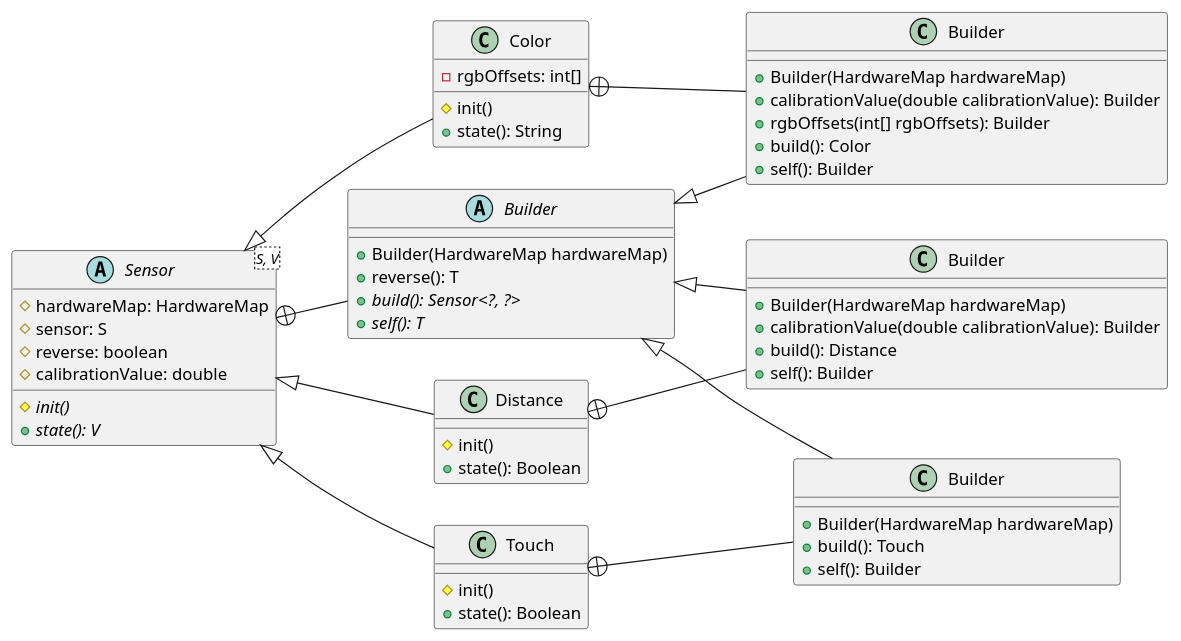
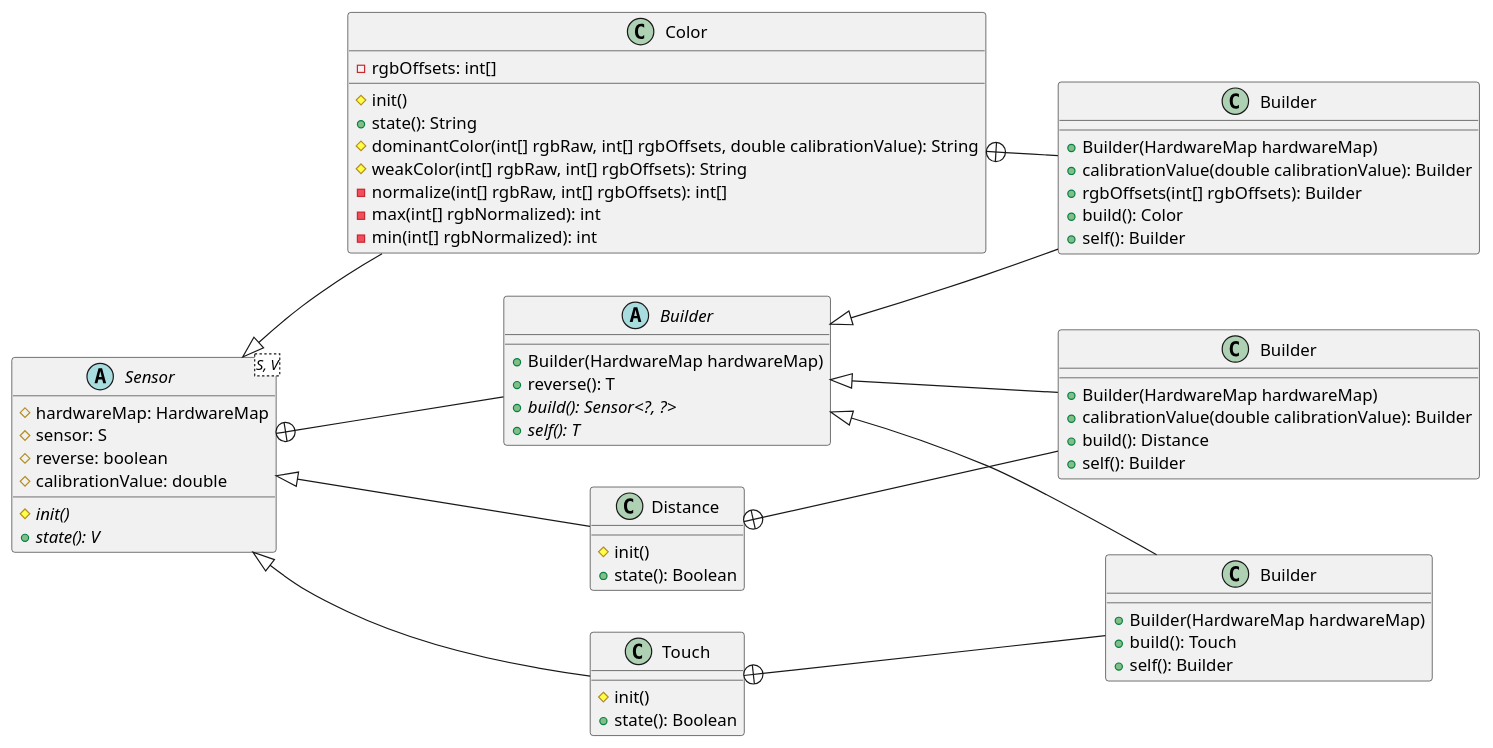
Before and after one commit to Collegiate-Edu-Nation/easy-ftc: the diagram in docs/uml/src/sensor.puml, drawn with PlantUML. The commit also changed 3 other files, not shown here.

Commit message:
uml: rm utils

```diff
--- a/docs/uml/src/sensor.puml
+++ b/docs/uml/src/sensor.puml
@@ -1,72 +1,77 @@
 @startuml
 
 left to right direction
 
 abstract class Sensor<S, V> {
     # hardwareMap: HardwareMap
     # sensor: S
     # reverse: boolean
     # calibrationValue: double
     {abstract}# init()
     {abstract}+ state(): V
 }
 
 abstract class "Builder" as Sensor_Builder {
     + Builder(HardwareMap hardwareMap)
     + reverse(): T
     {abstract}+ build(): Sensor<?, ?>
     {abstract}+ self(): T
 }
 
 class Color {
     - rgbOffsets: int[]
     # init()
     + state(): String
+    # dominantColor(int[] rgbRaw, int[] rgbOffsets, double calibrationValue): String
+    # weakColor(int[] rgbRaw, int[] rgbOffsets): String
+    - normalize(int[] rgbRaw, int[] rgbOffsets): int[]
+    - max(int[] rgbNormalized): int
+    - min(int[] rgbNormalized): int
 }
 
 class Distance {
     # init()
     + state(): Boolean
 }
 
 class Touch {
     # init()
     + state(): Boolean
 }
 
 class "Builder" as Color_Builder {
     + Builder(HardwareMap hardwareMap)
     + calibrationValue(double calibrationValue): Builder
     + rgbOffsets(int[] rgbOffsets): Builder
     + build(): Color
     + self(): Builder
 }
 
 class "Builder" as Distance_Builder {
     + Builder(HardwareMap hardwareMap)
     + calibrationValue(double calibrationValue): Builder
     + build(): Distance
     + self(): Builder
 }
 
 class "Builder" as Touch_Builder {
     + Builder(HardwareMap hardwareMap)
     + build(): Touch
     + self(): Builder
 }
 
 Sensor <|-- Color
 Sensor <|-- Distance
 Sensor <|-- Touch
 
 Sensor_Builder <|-- Color_Builder
 Sensor_Builder <|-- Distance_Builder
 Sensor_Builder <|-- Touch_Builder
 
 Sensor +-- Sensor_Builder
 
 Color +-- Color_Builder
 Distance +-- Distance_Builder
 Touch +-- Touch_Builder
 
 @enduml
```
